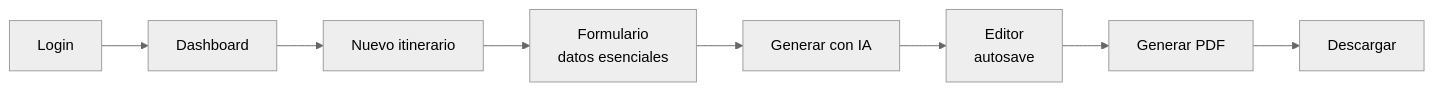
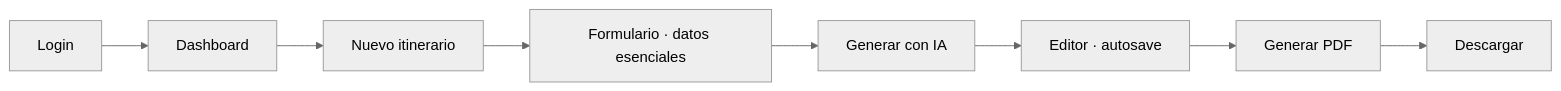
The first of 2 diagrams in README.md (alfonso-rdz-per/travel-itinerary-generator), drawn with Mermaid (neutral theme) before and after one commit. The commit also changed other lines of this file, not shown here.

First line of the commit message:
docs: quote mermaid labels for reliable rendering

````diff
--- a/README.md
+++ b/README.md
@@ -72,10 +72,10 @@
 ```mermaid
 flowchart LR
     A[Login] --> B[Dashboard]
     B --> C[Nuevo itinerario]
-    C --> D[Formulario<br/>datos esenciales]
+    C --> D["Formulario · datos esenciales"]
     D --> E[Generar con IA]
-    E --> F[Editor<br/>autosave]
+    E --> F["Editor · autosave"]
     F --> G[Generar PDF]
     G --> H[Descargar]
 ```
````
